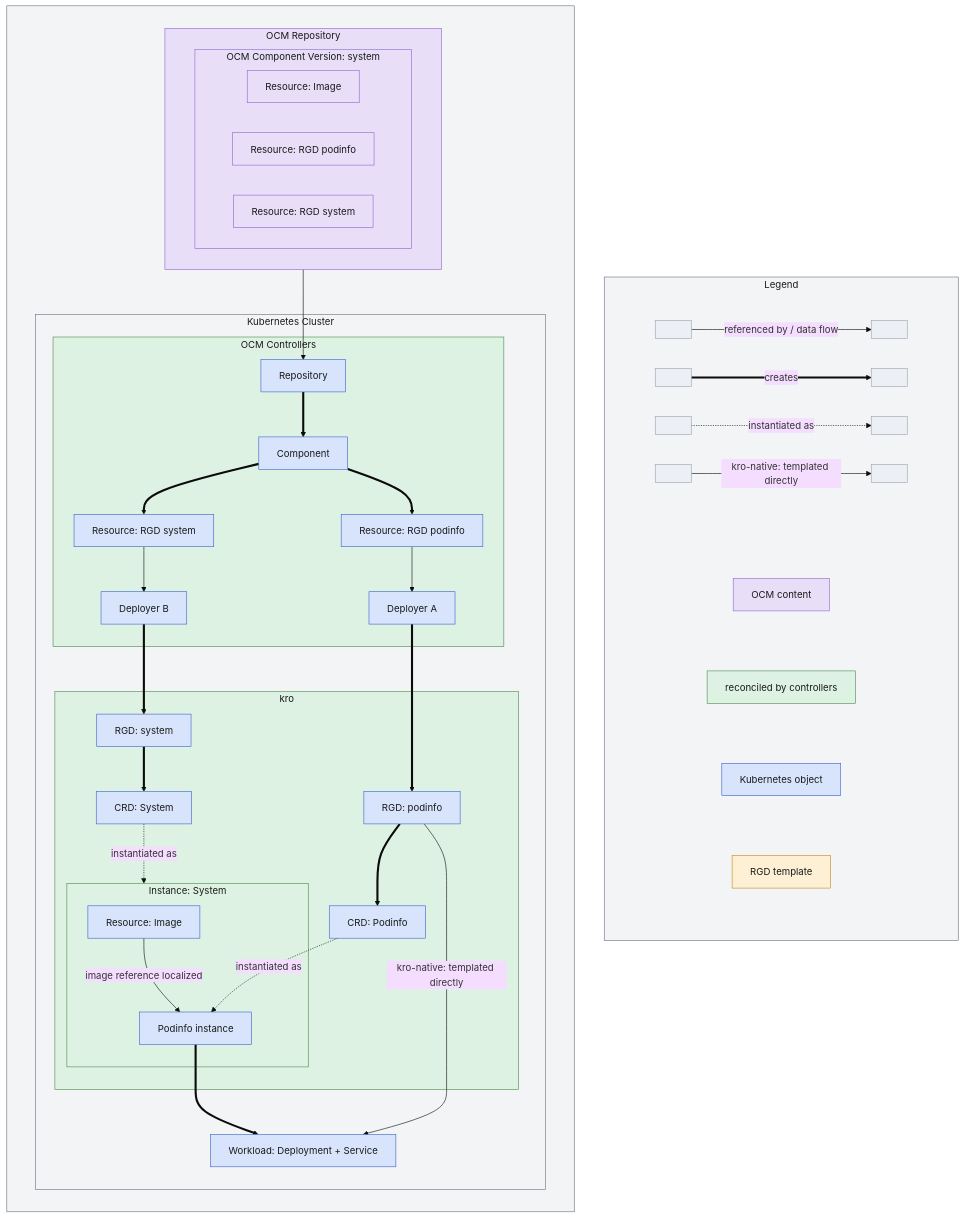
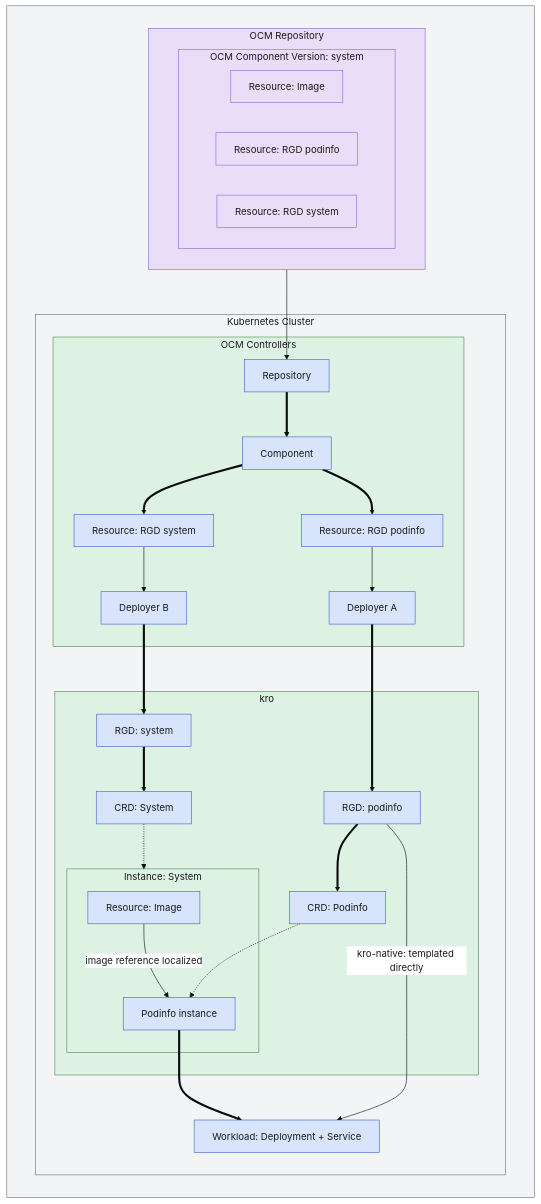
One commit to open-component-model/open-component-model changed the diagram in website/content/docs/tutorials/deploy-inline-manifests.md. Above: the diagram before and after it, drawn with Mermaid. The commit also changed other lines of this file and 1 other file, not shown here.

Commit message:
docs(website): replace embedded mermaid legend with an HTML legend
The in-diagram legend (pill boxes plus invisible-edge triples) forced the
canvas wide and left a large empty area. Remove it and add a compact
inline-styled HTML legend under each diagram. Neutralize mermaid's pink
edge-label colour, drop the now-redundant "instantiated as" labels (the
legend covers the dotted arrow), and keep the meaningful labels. The inline
legend omits the RGD-template swatch, which its diagram never uses.

````diff
--- a/website/content/docs/tutorials/deploy-inline-manifests.md
+++ b/website/content/docs/tutorials/deploy-inline-manifests.md
@@ -96,22 +96,6 @@
 ```mermaid
-%%{init: {"theme":"base", "flowchart": {"wrappingWidth": 320}}}%%
+%%{init: {"theme":"base", "themeVariables": {"edgeLabelBackground":"#ffffff"}, "flowchart": {"wrappingWidth": 320}}}%%
 flowchart TB
-    subgraph legend[Legend]
-        direction TB
-        subgraph conns[ ]
-            direction LR
-            l1a[ ] -- referenced by / data flow --> l1b[ ]
-            l2a[ ] == creates ==> l2b[ ]
-            l3a[ ] eLegDot@-. instantiated as .-> l3b[ ]
-            l4a[ ] eKroLeg@-- kro-native: templated directly --> l4b[ ]
-        end
-        subgraph boxes[ ]
-            direction TB
-            pillOcm[OCM content] ~~~ pillRec[reconciled by controllers] ~~~ pillK8s[Kubernetes object] ~~~ pillTpl[RGD template]
-        end
-        conns ~~~ boxes
-    end
-
     subgraph background[ ]
         direction TB
         subgraph ocmRepo[OCM Repository]
@@ -156,33 +140,24 @@
         k8sDeployerB ==> rgdSystem
         rgdPodinfo ==> crdPodinfo
         rgdSystem ==> crdSystem
-        crdSystem eInstSys@-. instantiated as .-> instanceSystem
-        crdPodinfo eInstPod@-. instantiated as .-> podinfoInstance
+        crdSystem eInstSys@-.-> instanceSystem
+        crdPodinfo eInstPod@-.-> podinfoInstance
         rgdPodinfo eKnative@-- kro-native: templated directly --> workload
     end
 
-    eKroLeg@{stroke-dasharray: 5 5}
     eKnative@{stroke-dasharray: 5 5}
-    eLegDot@{stroke-width: 2px}
     eInstSys@{stroke-width: 2px}
     eInstPod@{stroke-width: 2px}
 
     classDef ocm fill:#e8def8,stroke:#8e68d0,color:#1a1a1a
     classDef reconciledBy fill:#def2e4,stroke:#4d8a4d,color:#1a1a1a
     classDef k8sObject fill:#d7e4fb,stroke:#3c63c8,color:#1a1a1a
-    classDef templateOf fill:#fdf0d5,stroke:#c8891c,color:#1a1a1a
     classDef cluster fill:#f3f4f6,stroke:#6b7280,color:#1a1a1a
-    classDef anchor fill:#eceff3,stroke:#9aa4b2,color:#1a1a1a
-    classDef ghost fill:transparent,stroke:transparent,color:transparent
 
-    class l1a,l1b,l2a,l2b,l3a,l3b,l4a,l4b anchor;
     class ocmRepo,ocmCV,ocmResImage,ocmResPodinfo,ocmResSystem ocm;
     class k8sCluster cluster;
     class bootstrap,kro,instanceSystem reconciledBy;
     class k8sRepo,k8sComponent,k8sResPodinfo,k8sDeployerA,k8sResSystem,k8sDeployerB,rgdPodinfo,rgdSystem,crdPodinfo,crdSystem,k8sResImg,podinfoInstance,workload k8sObject;
-    class pillOcm ocm;
-    class pillRec reconciledBy;
-    class pillK8s k8sObject;
-    class pillTpl templateOf;
-    class conns,boxes ghost;
+
+    linkStyle default color:#1a1a1a
 ```
````
